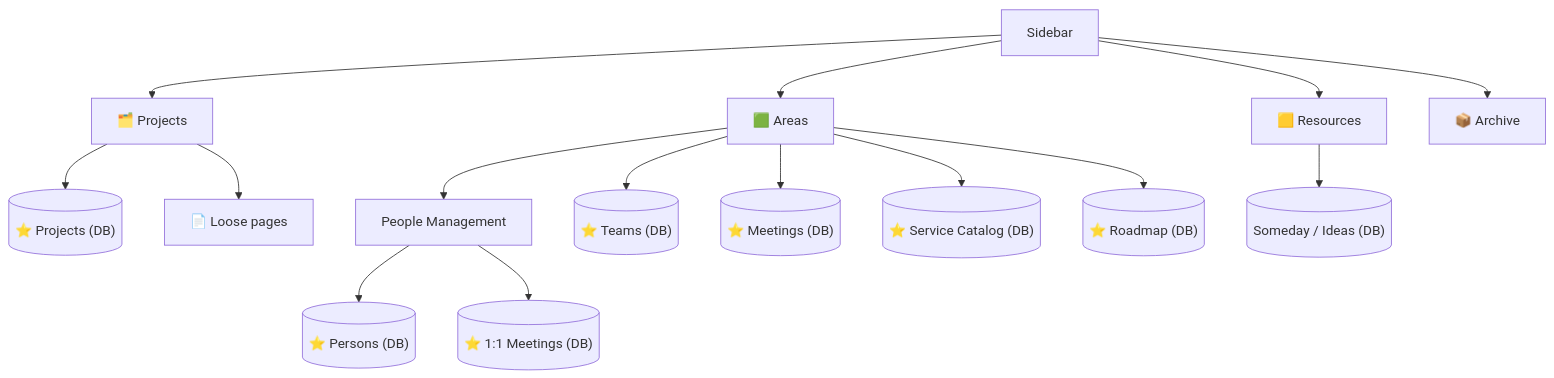
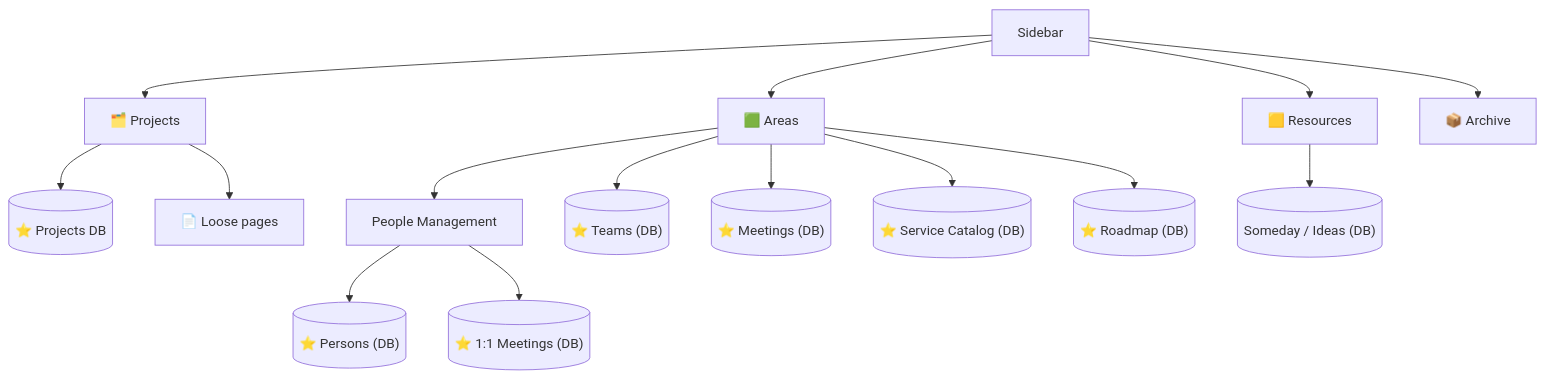
One commit to dcop7/tips_and_guides changed the fourth of 5 diagrams in workflow/personal-productivity-system-cheatsheet.md. Above: the diagram before and after it, drawn with Mermaid. The commit also changed other lines of this file, not shown here.

````diff
--- a/workflow/personal-productivity-system-cheatsheet.md
+++ b/workflow/personal-productivity-system-cheatsheet.md
@@ -134,17 +134,17 @@
 ```mermaid
 graph TD
     Sidebar --> Projects["🗂️ Projects"]
     Sidebar --> Areas["🟩 Areas"]
-    Projects --> PDB[("⭐ Projects (DB)")]
+    Projects --> PDB[("⭐ Projects DB")]
     Projects --> Loose["📄 Loose pages"]
     Sidebar --> Resources["🟨 Resources"]
     Sidebar --> Archive["📦 Archive"]
     Areas --> PM["People Management"]
     Areas --> Teams[("⭐ Teams (DB)")]
     Areas --> Meetings[("⭐ Meetings (DB)")]
     Areas --> SC[("⭐ Service Catalog (DB)")]
     Areas --> RM[("⭐ Roadmap (DB)")]
     PM --> Persons[("⭐ Persons (DB)")]
     PM --> OneOnOne[("⭐ 1:1 Meetings (DB)")]
     Resources --> SI[("Someday / Ideas (DB)")]
 ```
````
